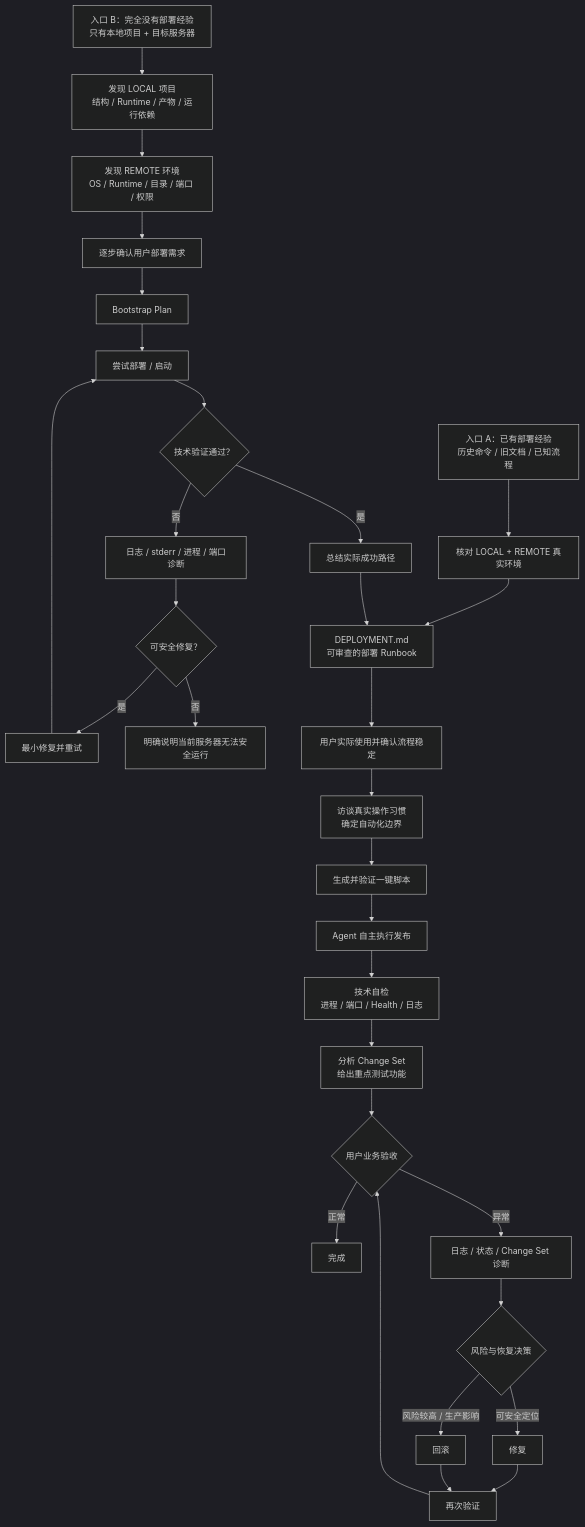
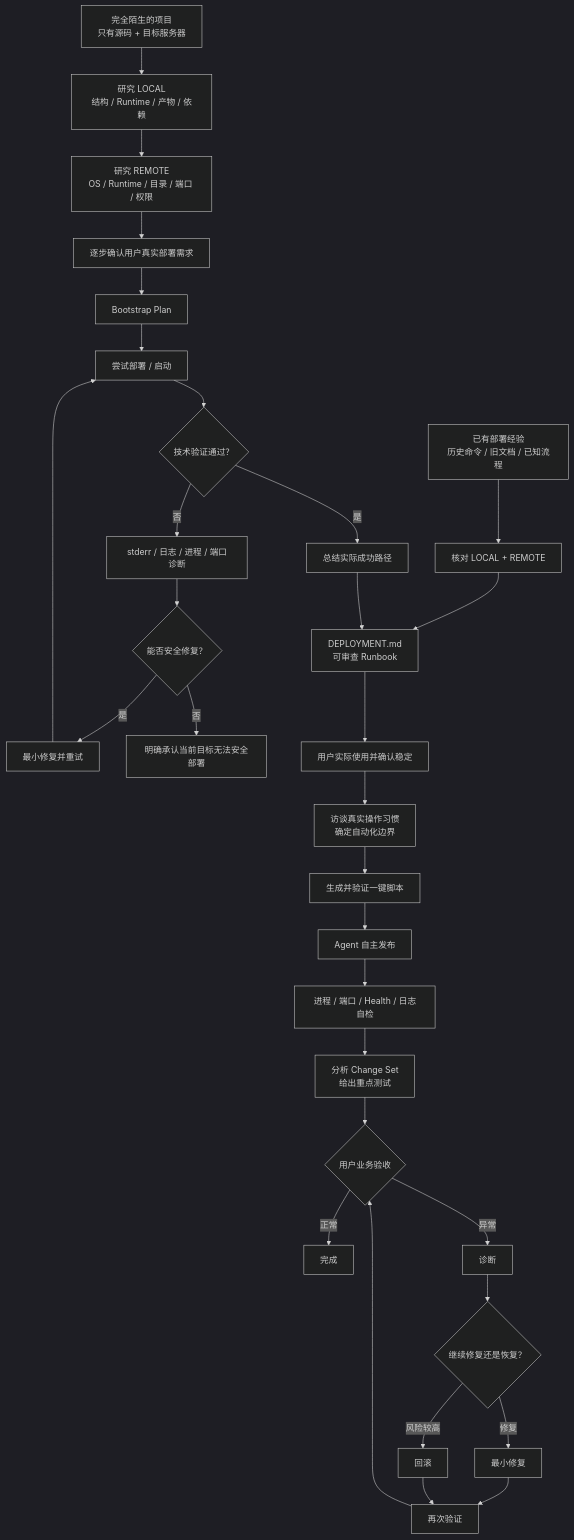
The diagram in README.md (qigelunbiya/dsh-ssh-files-sidebar), drawn with Mermaid (dark theme) before and after one commit. The commit also changed other lines of this file and 6 other files, not shown here.

````diff
--- a/README.md
+++ b/README.md
@@ -37,35 +167,35 @@
 ```mermaid
 flowchart TD
-    A1["入口 A：已有部署经验<br/>历史命令 / 旧文档 / 已知流程"] --> B1["核对 LOCAL + REMOTE 真实环境"]
-    B1 --> R["DEPLOYMENT.md<br/>可审查的部署 Runbook"]
+    A1["已有部署经验<br/>历史命令 / 旧文档 / 已知流程"] --> B1["核对 LOCAL + REMOTE"]
+    B1 --> R["DEPLOYMENT.md<br/>可审查 Runbook"]
 
-    A2["入口 B：完全没有部署经验<br/>只有本地项目 + 目标服务器"] --> L["发现 LOCAL 项目<br/>结构 / Runtime / 产物 / 运行依赖"]
-    L --> S["发现 REMOTE 环境<br/>OS / Runtime / 目录 / 端口 / 权限"]
-    S --> Q["逐步确认用户部署需求"]
+    A2["完全陌生的项目<br/>只有源码 + 目标服务器"] --> L["研究 LOCAL<br/>结构 / Runtime / 产物 / 依赖"]
+    L --> S["研究 REMOTE<br/>OS / Runtime / 目录 / 端口 / 权限"]
+    S --> Q["逐步确认用户真实部署需求"]
     Q --> P["Bootstrap Plan"]
     P --> T["尝试部署 / 启动"]
     T --> X{"技术验证通过？"}
-    X -->|否| D["日志 / stderr / 进程 / 端口诊断"]
-    D --> C{"可安全修复？"}
+    X -->|否| D["stderr / 日志 / 进程 / 端口诊断"]
+    D --> C{"能否安全修复？"}
     C -->|是| F["最小修复并重试"]
     F --> T
-    C -->|否| STOP["明确说明当前服务器无法安全运行"]
+    C -->|否| STOP["明确承认当前目标无法安全部署"]
     X -->|是| BASE["总结实际成功路径"]
     BASE --> R
 
-    R --> V["用户实际使用并确认流程稳定"]
+    R --> V["用户实际使用并确认稳定"]
     V --> H["访谈真实操作习惯<br/>确定自动化边界"]
     H --> O["生成并验证一键脚本"]
-    O --> E["Agent 自主执行发布"]
-    E --> K["技术自检<br/>进程 / 端口 / Health / 日志"]
-    K --> G["分析 Change Set<br/>给出重点测试功能"]
+    O --> E["Agent 自主发布"]
+    E --> K["进程 / 端口 / Health / 日志自检"]
+    K --> G["分析 Change Set<br/>给出重点测试"]
     G --> U{"用户业务验收"}
     U -->|正常| DONE["完成"]
-    U -->|异常| Z["日志 / 状态 / Change Set 诊断"]
-    Z --> RISK{"风险与恢复决策"}
-    RISK -->|可安全定位| FIX["修复"]
-    RISK -->|风险较高 / 生产影响| RB["回滚"]
+    U -->|异常| Z["诊断"]
+    Z --> RISK{"继续修复还是恢复？"}
+    RISK -->|修复| FIX["最小修复"]
+    RISK -->|风险较高| RB["回滚"]
     FIX --> RE["再次验证"]
     RB --> RE
     RE --> U
 ```
````
